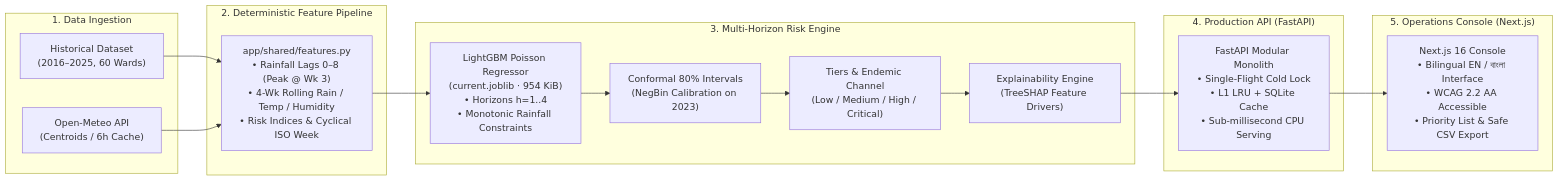
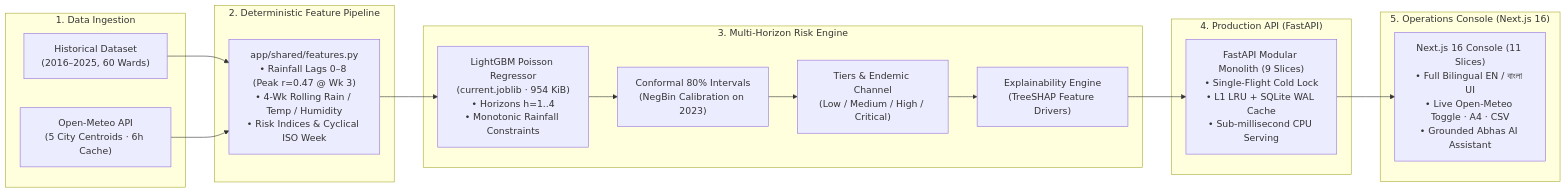
One commit to akramrafid/Abhas---AI-Engineering-Hackathon changed the diagram in ARCHITECTURE.md. Above: the diagram before and after it, drawn with Mermaid. The commit also changed other lines of this file and 6 other files, not shown here.

Commit message:
docs: author industry-standard READMEs and animated SVG data-flow, system-design, and ERD diagrams

````diff
--- a/ARCHITECTURE.md
+++ b/ARCHITECTURE.md
@@ -9,35 +13,35 @@
 ```mermaid
 flowchart LR
     subgraph Ingestion ["1. Data Ingestion"]
         XLSX["Historical Dataset<br/>(2016–2025, 60 Wards)"]
-        METEO["Open-Meteo API<br/>(Centroids / 6h Cache)"]
+        METEO["Open-Meteo API<br/>(5 City Centroids · 6h Cache)"]
     end
 
     subgraph FeaturePipeline ["2. Deterministic Feature Pipeline"]
-        FEAT["app/shared/features.py<br/>• Rainfall Lags 0–8 (Peak @ Wk 3)<br/>• 4-Wk Rolling Rain / Temp / Humidity<br/>• Risk Indices & Cyclical ISO Week"]
+        FEAT["app/shared/features.py<br/>• Rainfall Lags 0–8 (Peak r=0.47 @ Wk 3)<br/>• 4-Wk Rolling Rain / Temp / Humidity<br/>• Risk Indices & Cyclical ISO Week"]
     end
 
     subgraph RiskEngine ["3. Multi-Horizon Risk Engine"]
         LGBM["LightGBM Poisson Regressor<br/>(current.joblib · 954 KiB)<br/>• Horizons h=1..4<br/>• Monotonic Rainfall Constraints"]
         CALIB["Conformal 80% Intervals<br/>(NegBin Calibration on 2023)"]
         TIERS["Tiers & Endemic Channel<br/>(Low / Medium / High / Critical)"]
         SHAP["Explainability Engine<br/>(TreeSHAP Feature Drivers)"]
     end
 
     subgraph Serving ["4. Production API (FastAPI)"]
-        API["FastAPI Modular Monolith<br/>• Single-Flight Cold Lock<br/>• L1 LRU + SQLite Cache<br/>• Sub-millisecond CPU Serving"]
+        API["FastAPI Modular Monolith (9 Slices)<br/>• Single-Flight Cold Lock<br/>• L1 LRU + SQLite WAL Cache<br/>• Sub-millisecond CPU Serving"]
     end
 
-    subgraph Console ["5. Operations Console (Next.js)"]
-        UI["Next.js 16 Console<br/>• Bilingual EN / বাংলা Interface<br/>• WCAG 2.2 AA Accessible<br/>• Priority List & Safe CSV Export"]
+    subgraph Console ["5. Operations Console (Next.js 16)"]
+        UI["Next.js 16 Console (11 Slices)<br/>• Full Bilingual EN / বাংলা UI<br/>• Live Open-Meteo Toggle · A4 · CSV<br/>• Grounded Abhas AI Assistant"]
     end
 
     XLSX --> FEAT
     METEO --> FEAT
     FEAT --> LGBM
     LGBM --> CALIB
     CALIB --> TIERS
     TIERS --> SHAP
     SHAP --> API
     API --> UI
 ```
````
